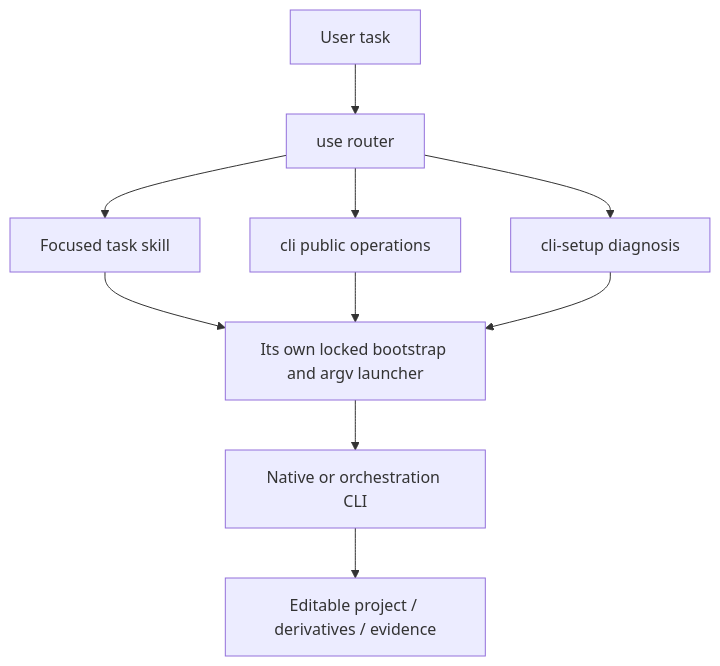
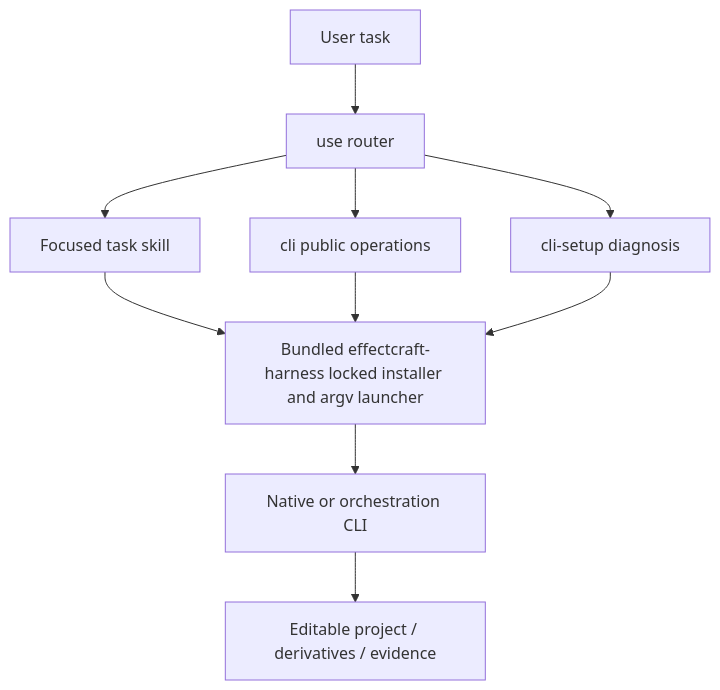
One commit to full-aigc-plugins/effectcraft-plugin changed the diagram in docs/EffectCraft-Skill-Suite-Architecture.md. Above: the diagram before and after it, drawn with Mermaid. The commit also changed other lines of this file and 1298 other files, not shown here.

Commit message:
优化：自研运行时收敛为内置 effectcraft-harness（上游 v0.1.0-dev.69 重锁），薄化领域技能、补宿主定制配置与 PAPR 合规，同步 traceability/specs 与收敛证据

````diff
--- a/docs/EffectCraft-Skill-Suite-Architecture.md
+++ b/docs/EffectCraft-Skill-Suite-Architecture.md
@@ -27,12 +29,12 @@
 ```mermaid
 flowchart TD
  U[User task] --> R[use router]
  R --> C[cli public operations]
  R --> S[cli-setup diagnosis]
  R --> T[Focused task skill]
- T --> B[Its own locked bootstrap and argv launcher]
+ T --> B[Bundled effectcraft-harness locked installer and argv launcher]
  C --> B
  S --> B
  B --> N[Native or orchestration CLI]
  N --> D[Editable project / derivatives / evidence]
 ```
````
